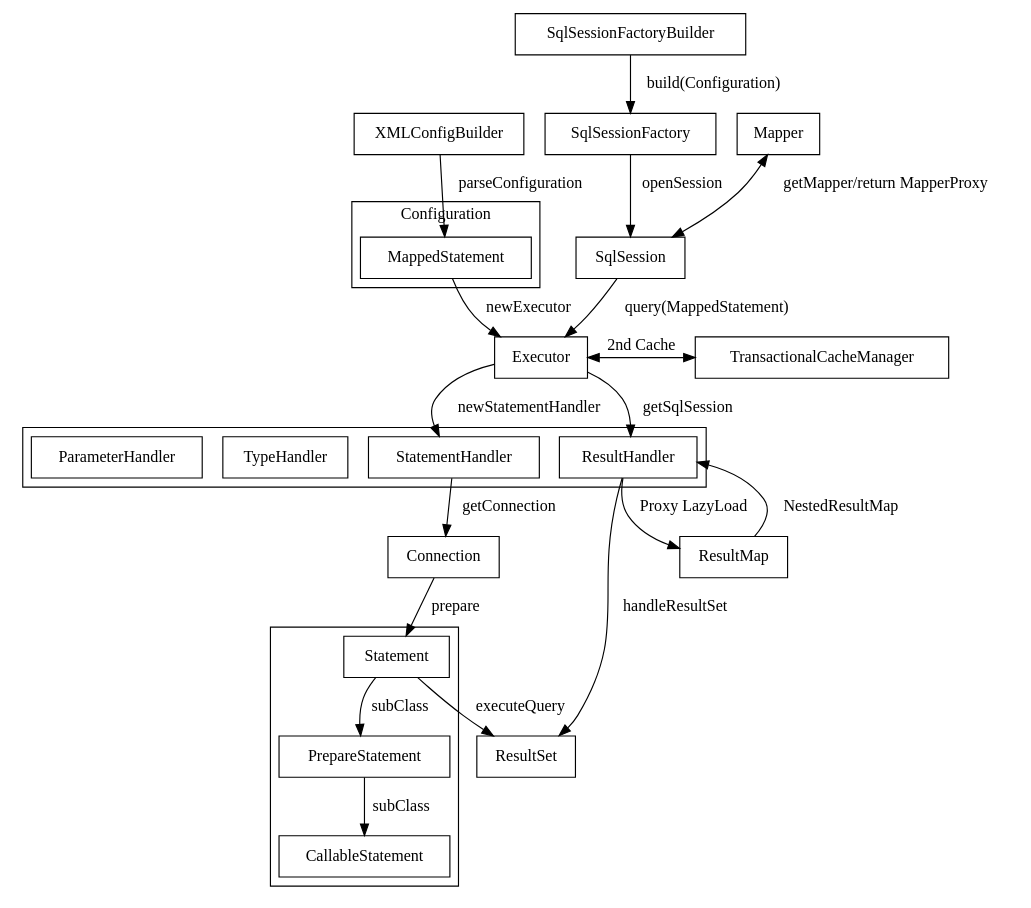
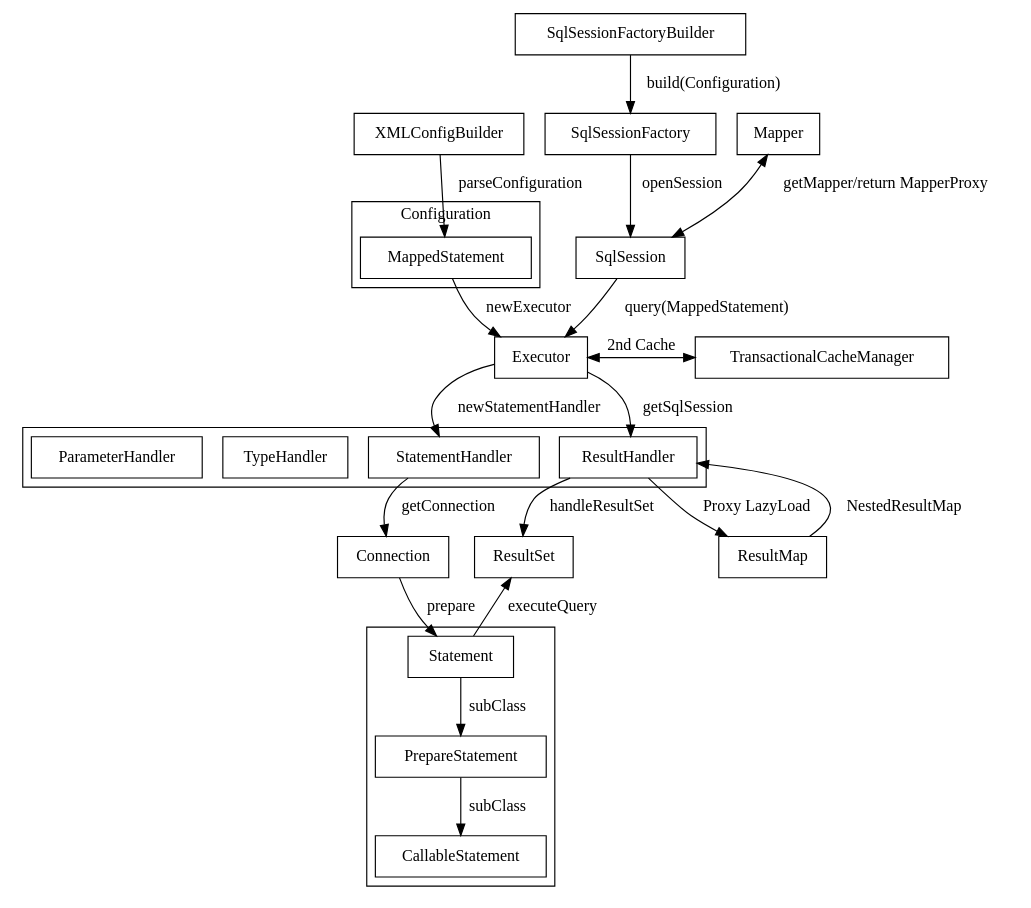
One commit to Robinpig/Note changed the diagram in docs/CS/Java/MyBatis/MyBatis.md. Above: the diagram before and after it, drawn with Graphviz.

Commit message:
MyBatis graph

````diff
--- a/docs/CS/Java/MyBatis/MyBatis.md
+++ b/docs/CS/Java/MyBatis/MyBatis.md
@@ -24,69 +24,70 @@
 ```dot
 strict digraph {
 
     xml [shape="polygon" label="XMLConfigBuilder"]
     subgraph cluster_config {
     label="Configuration"
         ms [shape="polygon" label="MappedStatement"]
     }
     xml -> ms [label="parseConfiguration"]
     
     builder [shape="polygon" label="SqlSessionFactoryBuilder"]
     factory [shape="polygon" label="SqlSessionFactory"]
     session [shape="polygon" label="SqlSession"]
     builder -> factory [label="build(Configuration)"]
     factory -> session [label="openSession"]
     executor [shape="polygon" label="Executor"]
     
     ms -> executor [label="newExecutor" ltail=executor lhead=cluster_config]
     
     
     mapper [shape="polygon" label="Mapper"]
     mapper -> session [label="getMapper/return MapperProxy" dir = both]
     
     cache [shape="polygon" label="TransactionalCacheManager"]
     {rank="same"; executor;cache;}
     executor -> cache [label="2nd Cache" dir = both]
     
     subgraph cluster_handler {
         sh [shape="polygon" label="StatementHandler"]
         rh [shape="polygon" label="ResultHandler"]
         th [shape="polygon" label="TypeHandler"]
         ph [shape="polygon" label="ParameterHandler"]
         {rank="same"; sh;th;ph;rh;}
         
     }
     
     session -> executor [label="query(MappedStatement)"]
     executor -> sh [label="newStatementHandler"]
     executor -> rh [label="getSqlSession"]
     
     conn [shape="polygon" label="Connection"]
     sh -> conn [label="getConnection"]
     conn -> st [label="prepare"]
     
     subgraph cluster_st {
         
         st [shape="polygon" label="Statement"]
         pr [shape="polygon" label="PrepareStatement"]
         ca [shape="polygon" label="CallableStatement"]
         
         
         st -> pr [label="subClass"]
         pr -> ca [label="subClass"]
     }
     
     
    
     
     
     re [shape="polygon" label="ResultSet"]
     map [shape="polygon" label="ResultMap"]
+    {rank="same"; conn;re;}
     
     st -> re [label="executeQuery"]
     rh -> re [label="handleResultSet"]
     map -> rh [label="NestedResultMap"]
     rh -> map [label="Proxy LazyLoad"]
   
 }
 ```
````
